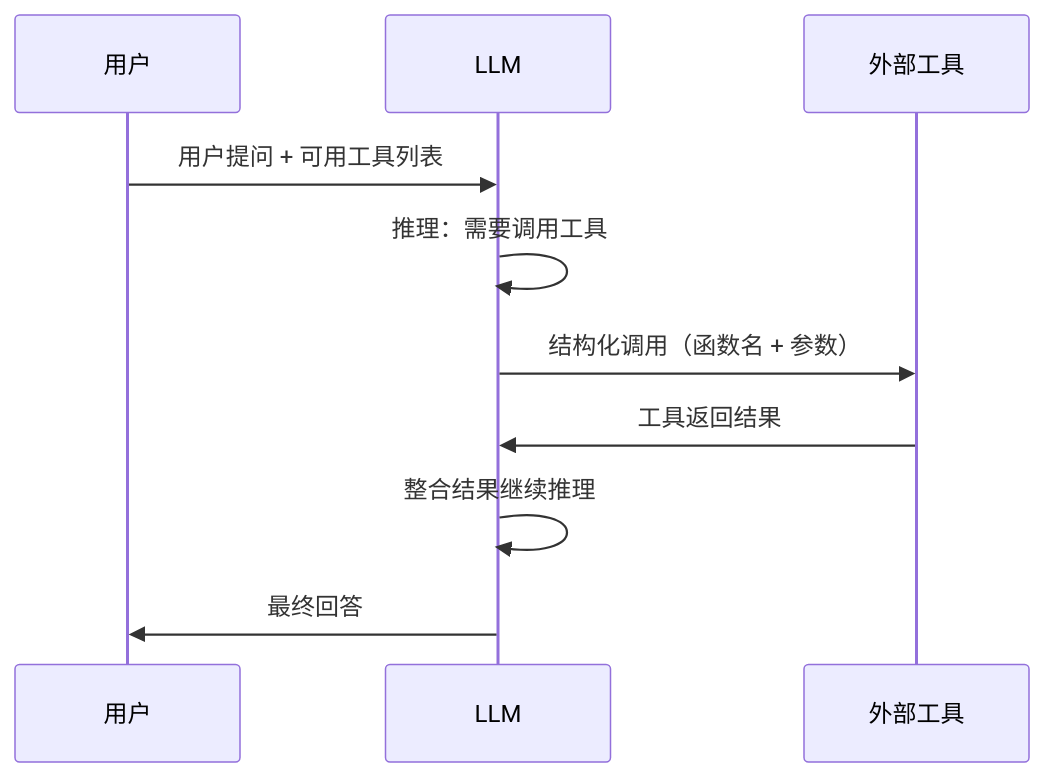
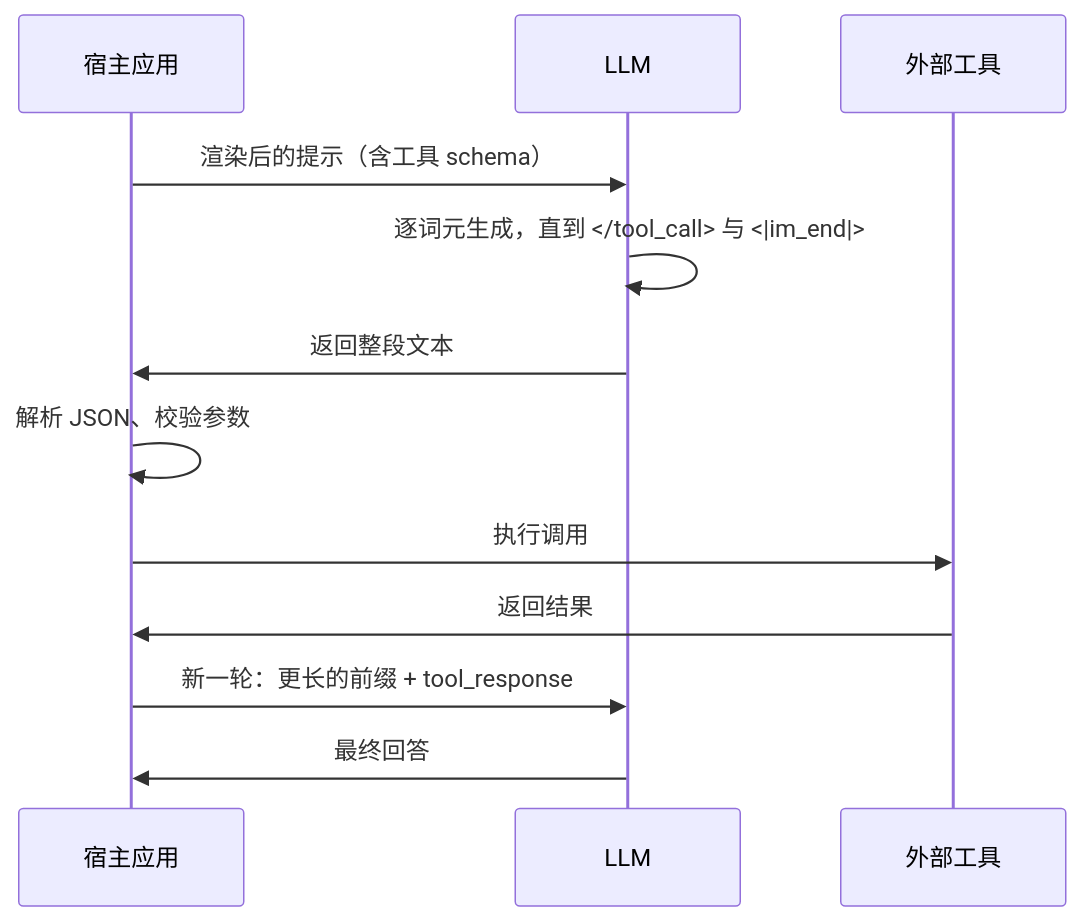
Before and after one commit to yeasy/llm_internals: the first of 2 diagrams in 14_future_trends/14.5_agent_tool_use.md, drawn with Mermaid. The commit also changed other lines of this file and 60 other files, not shown here.

````diff
--- a/14_future_trends/14.5_agent_tool_use.md
+++ b/14_future_trends/14.5_agent_tool_use.md
@@ -31,13 +72,15 @@
 ```mermaid
 sequenceDiagram
-    participant U as 用户
+    participant U as 宿主应用
     participant L as LLM
     participant T as 外部工具
 
-    U->>L: 用户提问 + 可用工具列表
-    L->>L: 推理：需要调用工具
-    L->>T: 结构化调用（函数名 + 参数）
-    T->>L: 工具返回结果
-    L->>L: 整合结果继续推理
+    U->>L: 渲染后的提示（含工具 schema）
+    L->>L: 逐词元生成，直到 </tool_call> 与 <|im_end|>
+    L->>U: 返回整段文本
+    U->>U: 解析 JSON、校验参数
+    U->>T: 执行调用
+    T->>U: 返回结果
+    U->>L: 新一轮：更长的前缀 + tool_response
     L->>U: 最终回答
 ```
````
